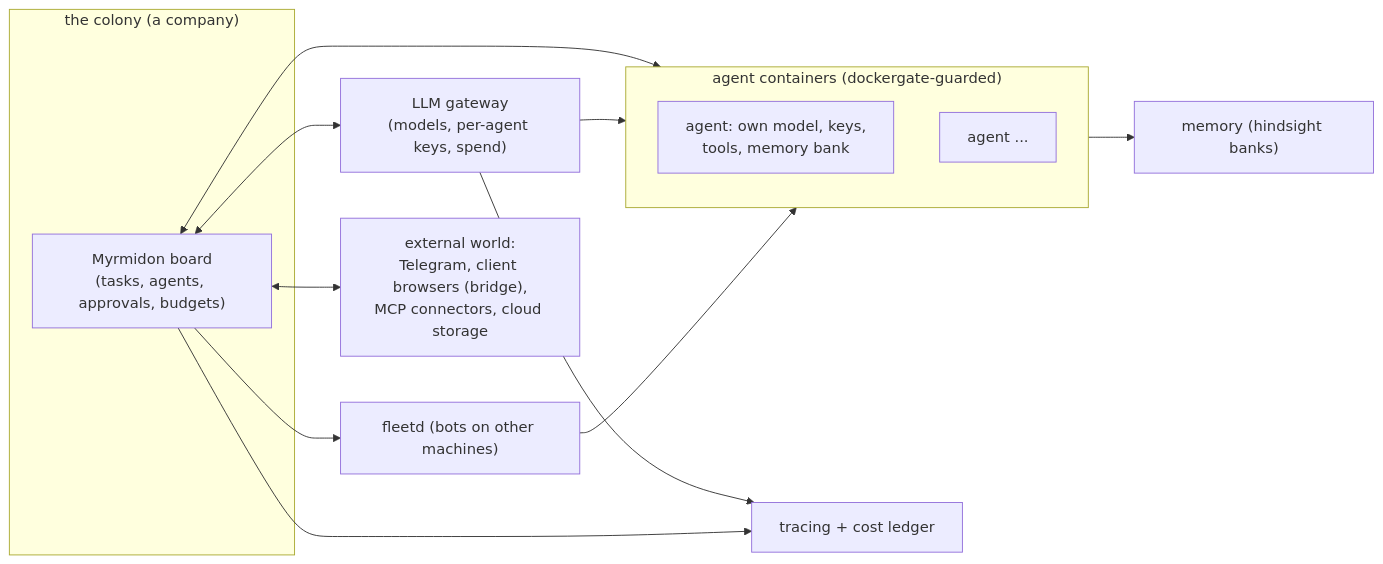
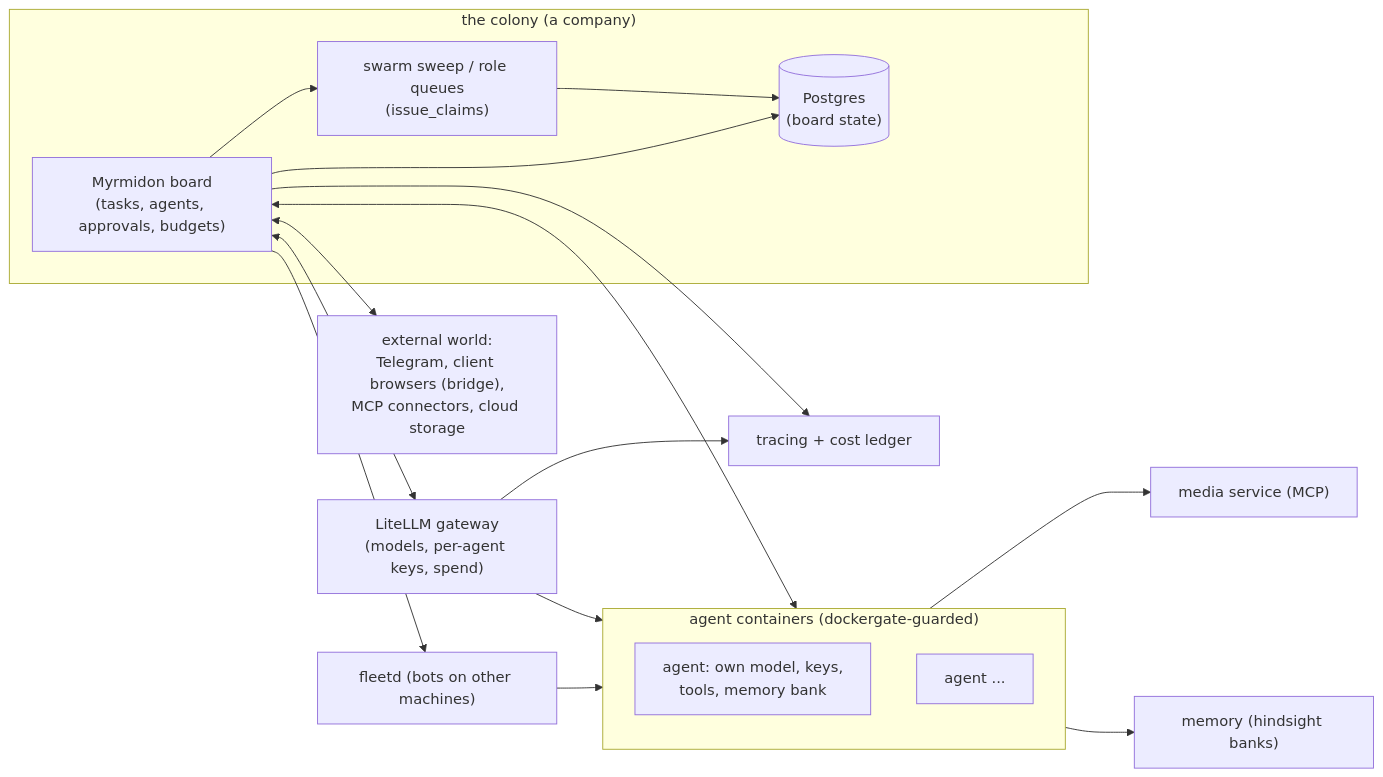
Before and after one commit to BastionPrime/myrmidon: the diagram in README.md, drawn with Mermaid. The commit also changed other lines of this file and 7 other files, not shown here.

````diff
--- a/README.md
+++ b/README.md
@@ -209,29 +66,36 @@
 ```mermaid
 flowchart LR
     subgraph COLONY["the colony (a company)"]
         BOARD["Myrmidon board<br/>(tasks, agents, approvals, budgets)"]
+        SWARM["swarm sweep / role queues<br/>(issue_claims)"]
+        DB[("Postgres<br/>(board state)")]
     end
 
-    LLMGW["LLM gateway<br/>(models, per-agent keys, spend)"]
+    LLMGW["LiteLLM gateway<br/>(models, per-agent keys, spend)"]
     FLEET["fleetd (bots on other machines)"]
 
     subgraph BOTS["agent containers (dockergate-guarded)"]
         AGENT1["agent: own model, keys,<br/>tools, memory bank"]
         AGENT2["agent ..."]
     end
 
+    MEDIA["media service (MCP)"]
     MEM["memory (hindsight banks)"]
     TRACE["tracing + cost ledger"]
 
     EXT["external world:<br/>Telegram, client browsers (bridge),<br/>MCP connectors, cloud storage"]
 
+    BOARD --> SWARM
+    SWARM --> DB
+    BOARD --> DB
     BOARD <--> LLMGW
     BOARD <--> BOTS
     BOARD <--> EXT
     LLMGW --> BOTS
+    BOTS --> MEDIA
     BOTS --> MEM
     LLMGW --> TRACE
     BOARD --> TRACE
     BOARD --> FLEET
     FLEET --> BOTS
 ```
````
